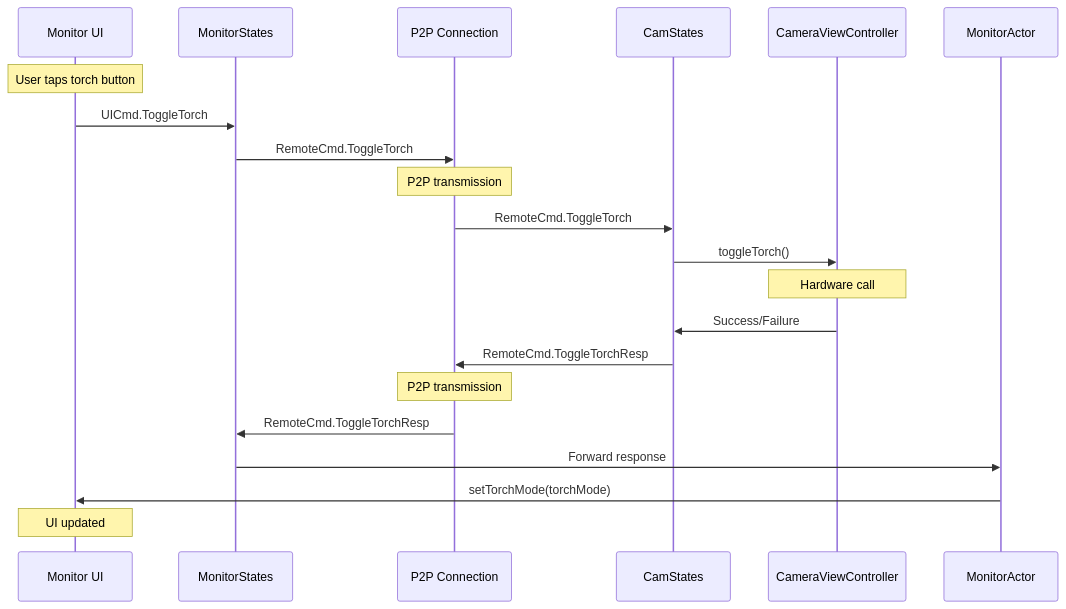
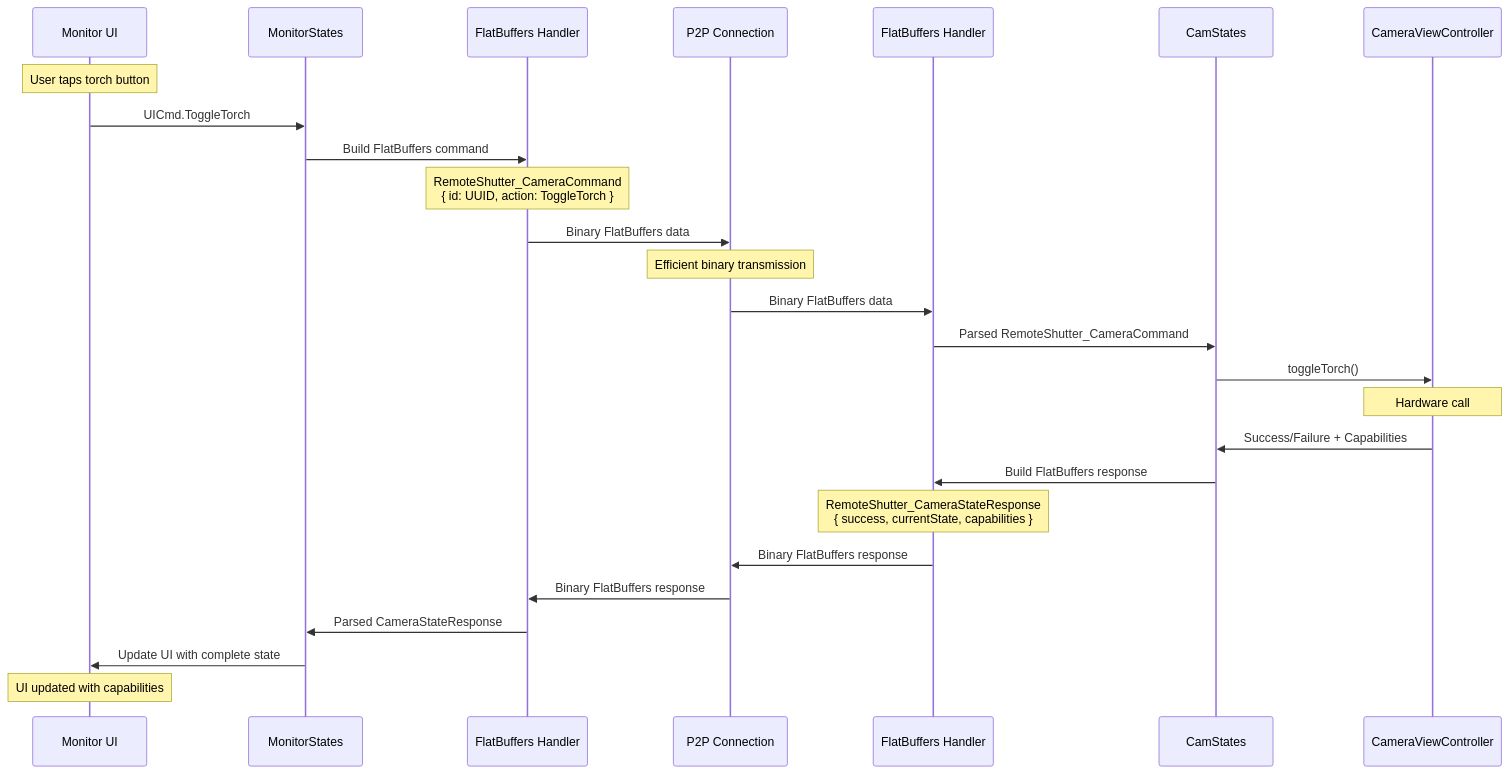
One commit to security-union/remote-shutter changed the second of 4 diagrams in ARCHITECTURE.md. Above: the diagram before and after it, drawn with Mermaid. The commit also changed other lines of this file, not shown here.

````diff
--- a/ARCHITECTURE.md
+++ b/ARCHITECTURE.md
@@ -195,24 +185,29 @@
 ```mermaid
 sequenceDiagram
     participant MUI as Monitor UI
     participant MS as MonitorStates
+    participant MFB as FlatBuffers Handler
     participant P2P as P2P Connection
+    participant CFB as FlatBuffers Handler
     participant CS as CamStates
     participant CVC as CameraViewController
-    participant MA as MonitorActor
     
     Note over MUI: User taps torch button
     MUI->>MS: UICmd.ToggleTorch
-    MS->>P2P: RemoteCmd.ToggleTorch
-    Note over P2P: P2P transmission
-    P2P->>CS: RemoteCmd.ToggleTorch
+    MS->>MFB: Build FlatBuffers command
+    Note over MFB: RemoteShutter_CameraCommand<br/>{ id: UUID, action: ToggleTorch }
+    MFB->>P2P: Binary FlatBuffers data
+    Note over P2P: Efficient binary transmission
+    P2P->>CFB: Binary FlatBuffers data
+    CFB->>CS: Parsed RemoteShutter_CameraCommand
     CS->>CVC: toggleTorch()
     Note over CVC: Hardware call
-    CVC->>CS: Success/Failure
-    CS->>P2P: RemoteCmd.ToggleTorchResp
-    Note over P2P: P2P transmission
-    P2P->>MS: RemoteCmd.ToggleTorchResp
-    MS->>MA: Forward response
-    MA->>MUI: setTorchMode(torchMode)
-    Note over MUI: UI updated
+    CVC->>CS: Success/Failure + Capabilities
+    CS->>CFB: Build FlatBuffers response
+    Note over CFB: RemoteShutter_CameraStateResponse<br/>{ success, currentState, capabilities }
+    CFB->>P2P: Binary FlatBuffers response
+    P2P->>MFB: Binary FlatBuffers response
+    MFB->>MS: Parsed CameraStateResponse
+    MS->>MUI: Update UI with complete state
+    Note over MUI: UI updated with capabilities
 ```
````
